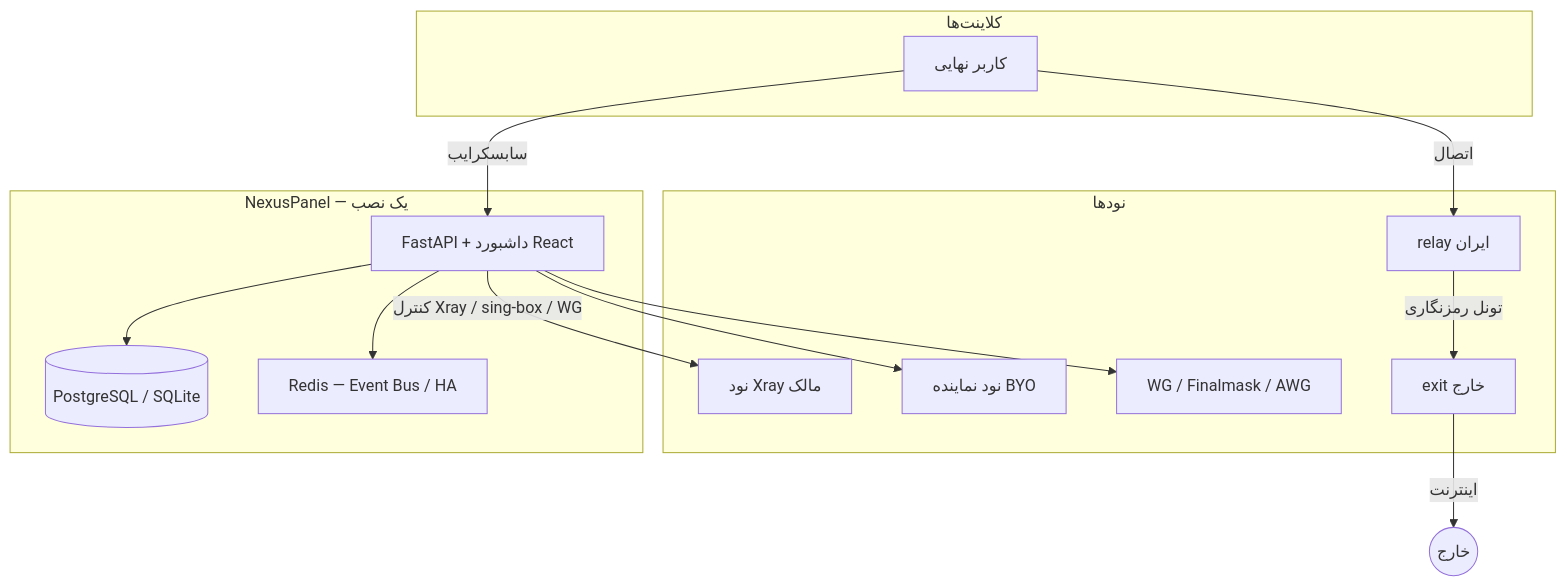
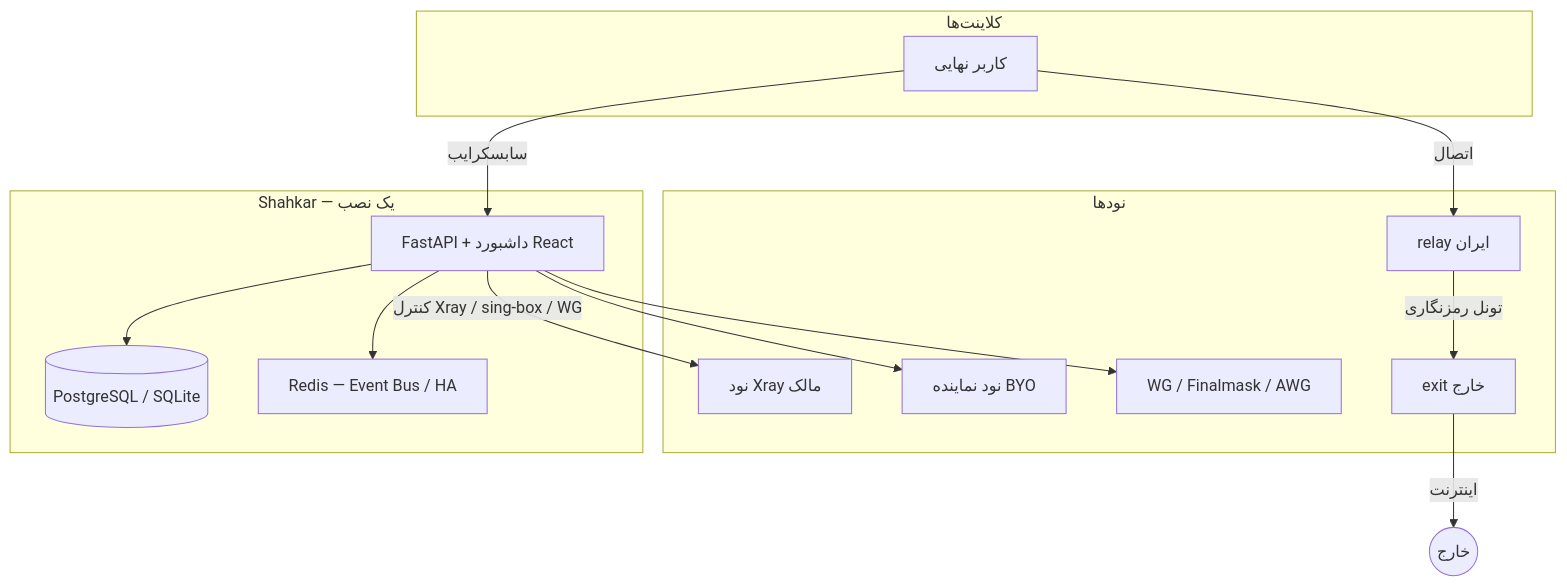
Before and after one commit to KhaJehAmiri/Shahkarpanel: the diagram in README-fa.md, drawn with Mermaid. The commit also changed other lines of this file and 436 other files, not shown here.

First line of the commit message:
Rebrand fully from NexusPanel to Shahkar.

````diff
--- a/README-fa.md
+++ b/README-fa.md
@@ -91,30 +91,30 @@
 ```mermaid
 flowchart TB
   subgraph clients [کلاینت‌ها]
     U[کاربر نهایی]
   end
 
-  subgraph panel [NexusPanel — یک نصب]
+  subgraph panel [Shahkar — یک نصب]
     API[FastAPI + داشبورد React]
     DB[(PostgreSQL / SQLite)]
     R[Redis — Event Bus / HA]
     API --> DB
     API --> R
   end
 
   subgraph nodes [نودها]
     N1[نود Xray مالک]
     N2[نود نماینده BYO]
     NR[relay ایران]
     NE[exit خارج]
     WG[WG / Finalmask / AWG]
   end
 
   U -->|سابسکرایب| API
   API -->|کنترل Xray / sing-box / WG| N1
   API --> N2
   API --> WG
   U -->|اتصال| NR
   NR -->|تونل رمزنگاری| NE
   NE -->|اینترنت| Internet((خارج))
 ```
````
